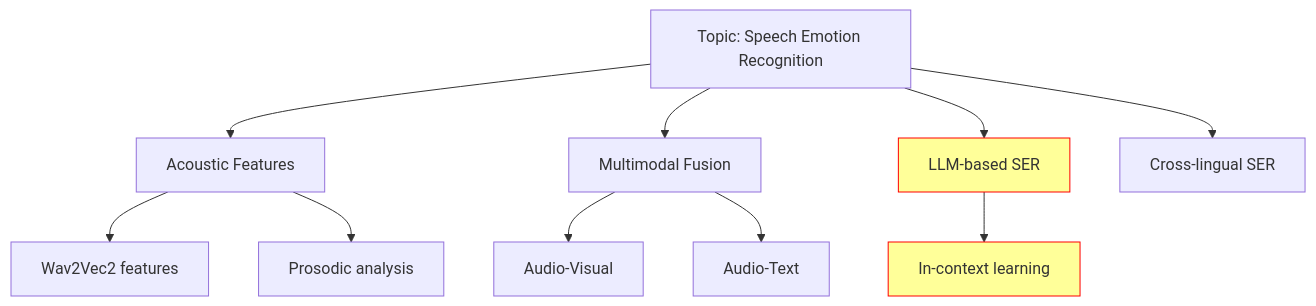
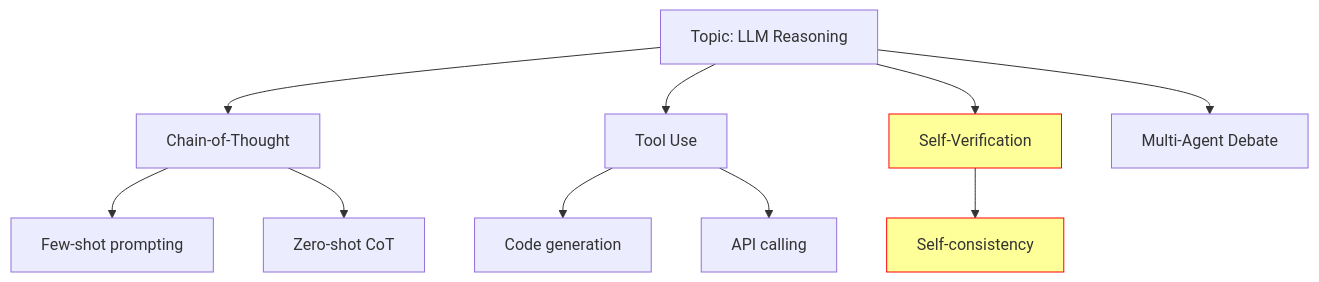
The diagram in skills/lit-panorama/SKILL.md (Liyunlun/litbot), drawn with Mermaid before and after one commit. The commit also changed 14 other files, not shown here.

First line of the commit message:
feat: open-source readiness — setup flow, Feishu auth, env detection

````diff
--- a/skills/lit-panorama/SKILL.md
+++ b/skills/lit-panorama/SKILL.md
@@ -57,22 +57,22 @@
 ```mermaid
 graph TD
-    ROOT["Topic: Speech Emotion Recognition"]
-    A["Acoustic Features"]
-    B["Multimodal Fusion"]
-    C["LLM-based SER"]
-    D["Cross-lingual SER"]
+    ROOT["Topic: LLM Reasoning"]
+    A["Chain-of-Thought"]
+    B["Tool Use"]
+    C["Self-Verification"]
+    D["Multi-Agent Debate"]
 
     ROOT --> A
     ROOT --> B
     ROOT --> C
     ROOT --> D
 
-    A --> A1["Wav2Vec2 features"]
-    A --> A2["Prosodic analysis"]
-    B --> B1["Audio-Visual"]
-    B --> B2["Audio-Text"]
-    C --> C1["In-context learning"]
+    A --> A1["Few-shot prompting"]
+    A --> A2["Zero-shot CoT"]
+    B --> B1["Code generation"]
+    B --> B2["API calling"]
+    C --> C1["Self-consistency"]
 
     style C fill:#ff9,stroke:#f00
     style C1 fill:#ff9,stroke:#f00
 ```
````
